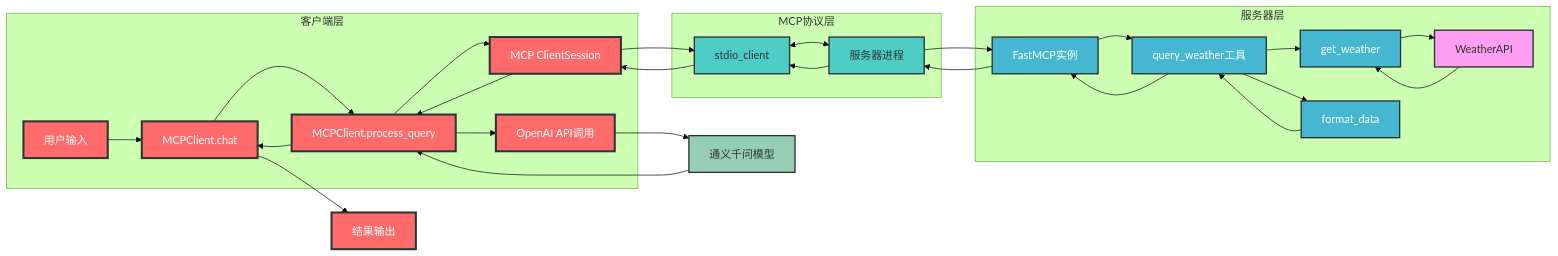
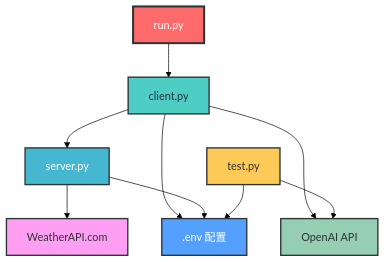
One commit to amuqiao/mcp_rag_llm changed the first of 4 diagrams in mcp_agent_demo/readme.md. Above: the diagram before and after it, drawn with Mermaid (forest theme). The commit also changed other lines of this file and 4 other files, not shown here.

````diff
--- a/mcp_agent_demo/readme.md
+++ b/mcp_agent_demo/readme.md
@@ -55,46 +128,19 @@
 ```mermaid
-flowchart LR
-    subgraph 客户端层
-        A[用户输入] --> B[MCPClient.chat]
-        B --> C[MCPClient.process_query]
-        C --> D[OpenAI API调用]
-        C --> E[MCP ClientSession]
-    end
-
-    subgraph MCP协议层
-        E --> F[stdio_client]
-        F <--> G[服务器进程]
-    end
-
-    subgraph 服务器层
-        G --> H[FastMCP实例]
-        H --> I[query_weather工具]
-        I --> J[get_weather]
-        I --> L[format_data]
-        J --> K[WeatherAPI]
-    end
-
-    D --> M[通义千问模型]
-    M --> C
-    K --> J
-    L --> I
-    I --> H
-    H --> G
+graph TD
+    A[run.py] --> B[client.py]
+    B --> C[server.py]
+    B --> D[OpenAI API]
+    C --> E[WeatherAPI.com]
+    B --> F[.env 配置]
+    C --> F
+    G[test.py] --> D
     G --> F
-    F --> E
-    E --> C
-    C --> B
-    B --> N[结果输出]
-
-    classDef clientStyle fill:#FF6B6B,stroke:#2D3436,stroke-width:3px,color:white;
-    classDef protocolStyle fill:#4ECDC4,stroke:#2D3436,stroke-width:2px,color:#2D3436;
-    classDef serverStyle fill:#45B7D1,stroke:#2D3436,stroke-width:2px,color:white;
-    classDef modelStyle fill:#96CEB4,stroke:#2D3436,stroke-width:2px,color:#2D3436;
-    classDef apiStyle fill:#FF9FF3,stroke:#2D3436,stroke-width:2px,color:#2D3436;
-
-    class A,B,C,D,E,N clientStyle;
-    class F,G protocolStyle;
-    class H,I,J,L serverStyle;
-    class M modelStyle;
-    class K apiStyle;
+    
+    style A fill:#FF6B6B,stroke:#2D3436,stroke-width:3px,color:white
+    style B fill:#4ECDC4,stroke:#2D3436,stroke-width:2px,color:#2D3436
+    style C fill:#45B7D1,stroke:#2D3436,stroke-width:2px,color:white
+    style D fill:#96CEB4,stroke:#2D3436,stroke-width:2px,color:#2D3436
+    style E fill:#FF9FF3,stroke:#2D3436,stroke-width:2px,color:#2D3436
+    style F fill:#54A0FF,stroke:#2D3436,stroke-width:2px,color:white
+    style G fill:#FECA57,stroke:#2D3436,stroke-width:2px,color:#2D3436
 ```
````
